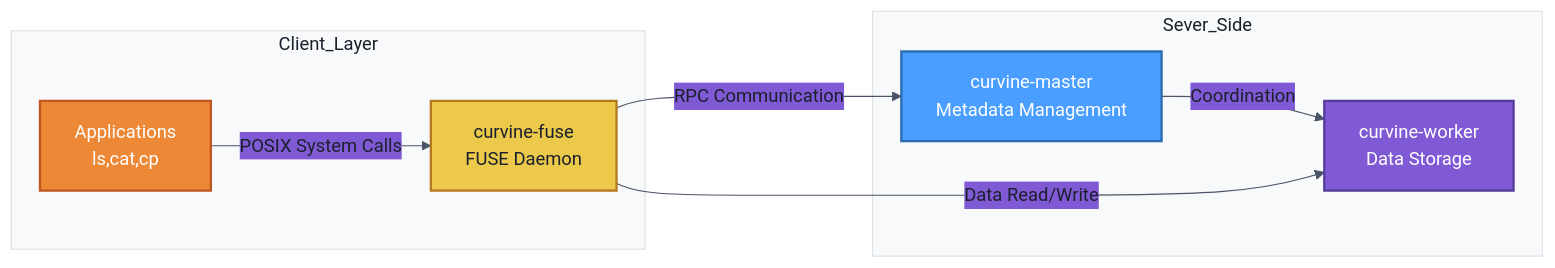
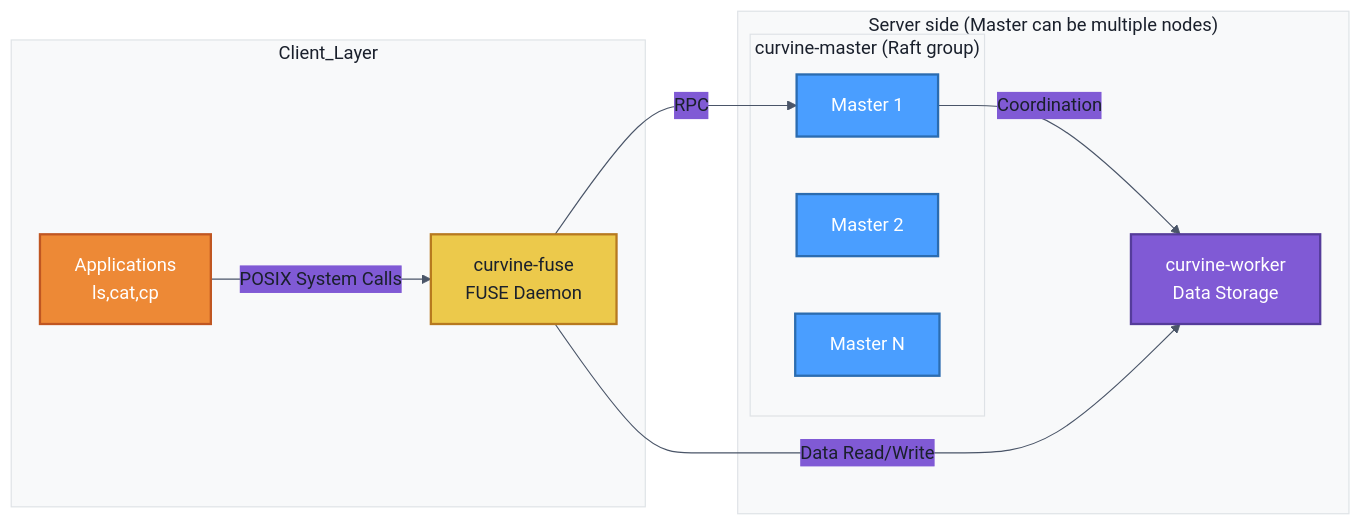
The second of 2 diagrams in docs/2-Deploy/2-Deploy-Curvine-Cluster/0-Deployment-Architecture.md (CurvineIO/curvine-doc), drawn with Mermaid before and after one commit. The commit also changed other lines of this file and 43 other files, not shown here.

Commit message:
docs: enhance architecture and deployment documentation (#43)

````diff
--- a/docs/2-Deploy/2-Deploy-Curvine-Cluster/0-Deployment-Architecture.md
+++ b/docs/2-Deploy/2-Deploy-Curvine-Cluster/0-Deployment-Architecture.md
@@ -94,29 +97,33 @@
 ```mermaid
 %%{init: {'theme': 'base', 'themeVariables': { 'background': '#ffffff', 'primaryColor': '#4a9eff', 'primaryTextColor': '#1a202c', 'primaryBorderColor': '#3182ce', 'lineColor': '#4a5568', 'secondaryColor': '#805ad5', 'tertiaryColor': '#38a169', 'mainBkg': '#ffffff', 'nodeBorder': '#4a5568', 'clusterBkg': '#f8f9fa', 'clusterBorder': '#dee2e6', 'titleColor': '#1a202c'}}}%%
 flowchart LR
     subgraph Client_Layer
         App[Applications<br/>ls,cat,cp]
         fuse[curvine-fuse<br/>FUSE Daemon]
         App -- POSIX System Calls --> fuse
     end
 
-    subgraph Sever_Side
-        master[curvine-master<br/>Metadata Management]
+    subgraph Server_Side["Server side (Master can be multiple nodes)"]
+        subgraph Master_Group["curvine-master (Raft group)"]
+            M1[Master 1]
+            M2[Master 2]
+            MN[Master N]
+        end
         worker[curvine-worker<br/>Data Storage]
-        master -- Coordination --> worker
+        M1 -- Coordination --> worker
     end
 
-    fuse -- RPC Communication  --> master
+    fuse -- RPC --> M1
     fuse -- Data Read/Write  --> worker
 
     %% Styles
     classDef appStyle fill:#ed8936,stroke:#c05621,color:#fff,stroke-width:2px
     classDef fuseStyle fill:#ecc94b,stroke:#b7791f,color:#1a202c,stroke-width:2px
     classDef masterStyle fill:#4a9eff,stroke:#2b6cb0,color:#fff,stroke-width:2px
     classDef workerStyle fill:#805ad5,stroke:#553c9a,color:#fff,stroke-width:2px
     
     class App appStyle
     class fuse fuseStyle
-    class master masterStyle
+    class M1,M2,MN masterStyle
     class worker workerStyle
 ```
````
